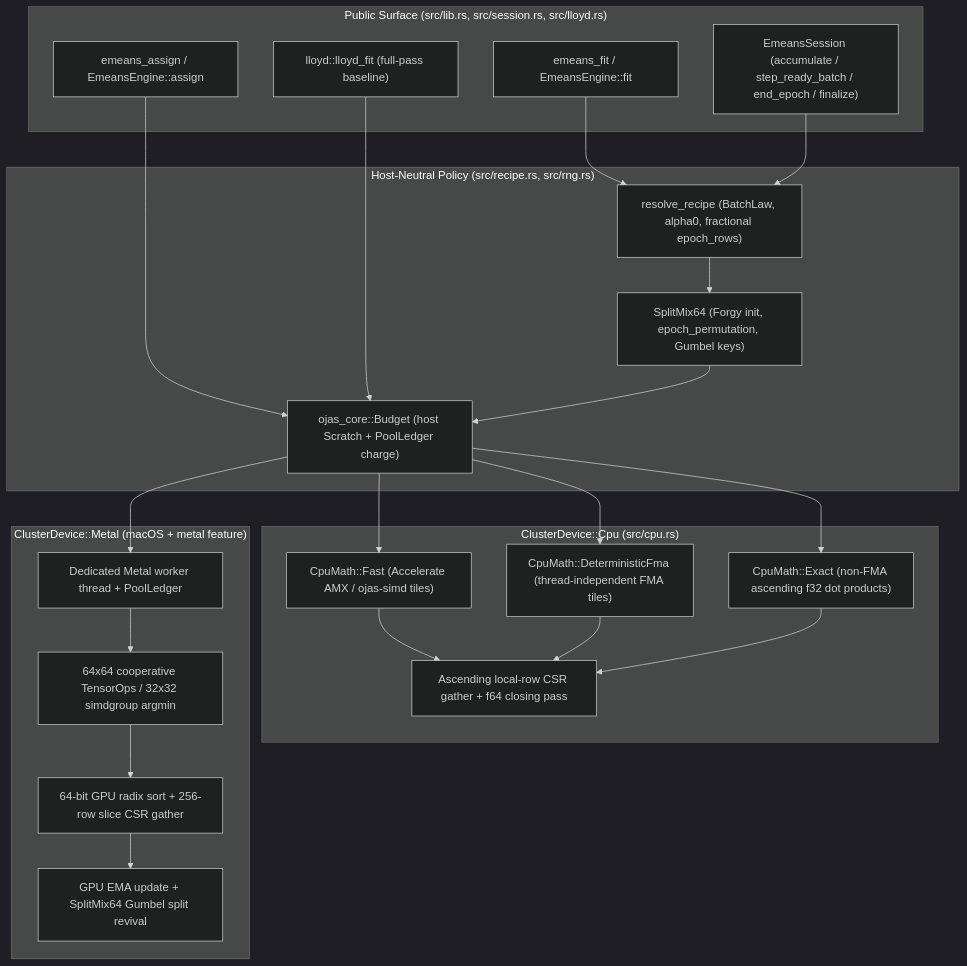
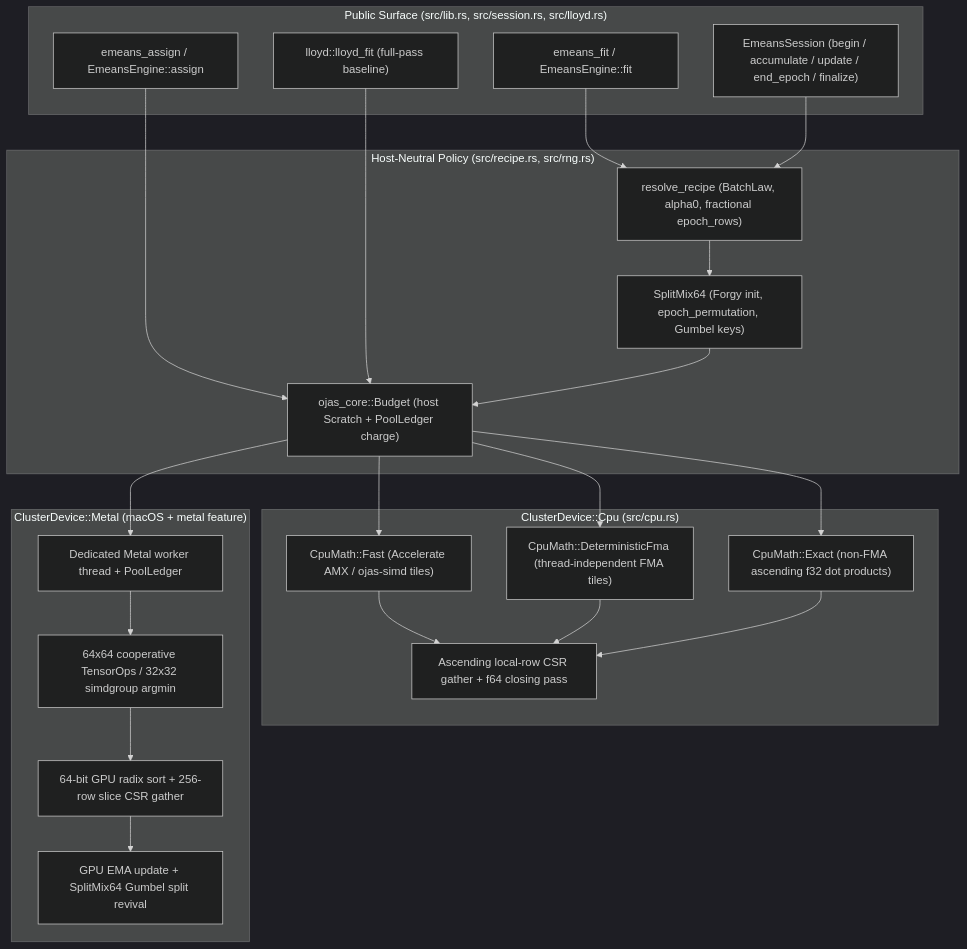
One commit to bharathvbcr/ojas changed the diagram in ojas-cluster/README.md. Above: the diagram before and after it, drawn with Mermaid (dark theme). The commit also changed other lines of this file and 7 other files, not shown here.

````diff
--- a/ojas-cluster/README.md
+++ b/ojas-cluster/README.md
@@ -12,46 +12,46 @@
 ```mermaid
 flowchart TD
     subgraph API["Public Surface (src/lib.rs, src/session.rs, src/lloyd.rs)"]
         Fit["emeans_fit / EmeansEngine::fit"]
         Assign["emeans_assign / EmeansEngine::assign"]
-        Stream["EmeansSession (accumulate / step_ready_batch / end_epoch / finalize)"]
+        Stream["EmeansSession (begin / accumulate / update / end_epoch / finalize)"]
         Lloyd["lloyd::lloyd_fit (full-pass baseline)"]
     end
 
     subgraph Policy["Host-Neutral Policy (src/recipe.rs, src/rng.rs)"]
         Recipe["resolve_recipe (BatchLaw, alpha0, fractional epoch_rows)"]
         RNG["SplitMix64 (Forgy init, epoch_permutation, Gumbel keys)"]
         BudgetGuard["ojas_core::Budget (host Scratch + PoolLedger charge)"]
     end
 
     subgraph CPU["ClusterDevice::Cpu (src/cpu.rs)"]
         CpuFast["CpuMath::Fast (Accelerate AMX / ojas-simd tiles)"]
         CpuDet["CpuMath::DeterministicFma (thread-independent FMA tiles)"]
         CpuExact["CpuMath::Exact (non-FMA ascending f32 dot products)"]
         CpuCSR["Ascending local-row CSR gather + f64 closing pass"]
     end
 
     subgraph Metal["ClusterDevice::Metal (macOS + metal feature)"]
         Worker["Dedicated Metal worker thread + PoolLedger"]
         TOps["64x64 cooperative TensorOps / 32x32 simdgroup argmin"]
         Radix["64-bit GPU radix sort + 256-row slice CSR gather"]
         Revive["GPU EMA update + SplitMix64 Gumbel split revival"]
     end
 
     Fit --> Recipe
     Stream --> Recipe
     Assign --> BudgetGuard
     Lloyd --> BudgetGuard
     Recipe --> RNG
     RNG --> BudgetGuard
     BudgetGuard --> CpuFast
     BudgetGuard --> CpuDet
     BudgetGuard --> CpuExact
     CpuFast --> CpuCSR
     CpuDet --> CpuCSR
     CpuExact --> CpuCSR
     BudgetGuard --> Worker
     Worker --> TOps
     TOps --> Radix
     Radix --> Revive
 ```
````
